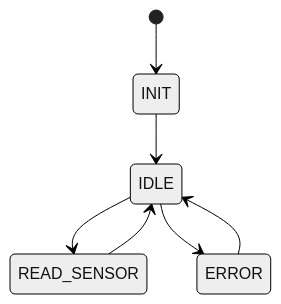
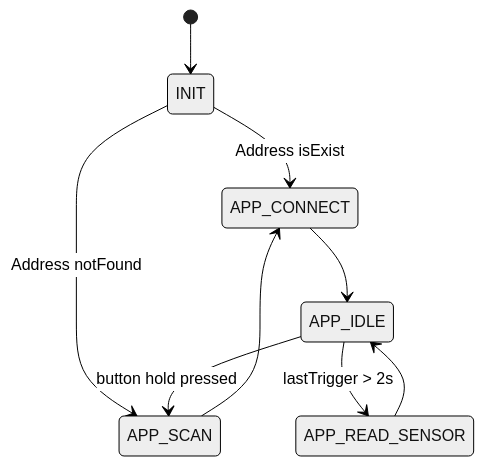
Before and after one commit to dalilawini/weather-app: the second of 4 diagrams in README.md, drawn with Mermaid (neutral theme). The commit also changed other lines of this file and 13 other files, not shown here.

````diff
--- a/README.md
+++ b/README.md
@@ -74,9 +71,13 @@
 ```mermaid
 stateDiagram-v2
     [*] --> INIT
-    INIT --> IDLE
-    IDLE --> READ_SENSOR
-    READ_SENSOR --> IDLE
-    IDLE --> ERROR
-    ERROR --> IDLE
+    INIT --> APP_CONNECT: Address isExist 
+    INIT --> APP_SCAN : Address notFound
+    APP_SCAN --> APP_CONNECT
+    APP_CONNECT -->APP_IDLE
+    
+    APP_IDLE --> APP_SCAN:  button hold pressed 
+    APP_IDLE --> APP_READ_SENSOR : lastTrigger > 2s
+    APP_READ_SENSOR --> APP_IDLE
+    
 ```
````
